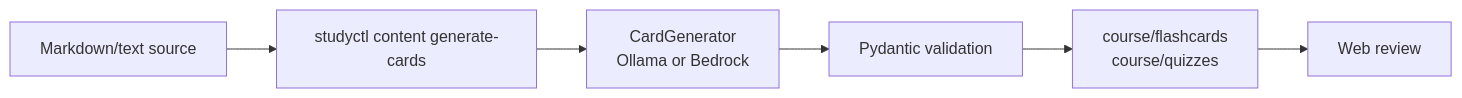
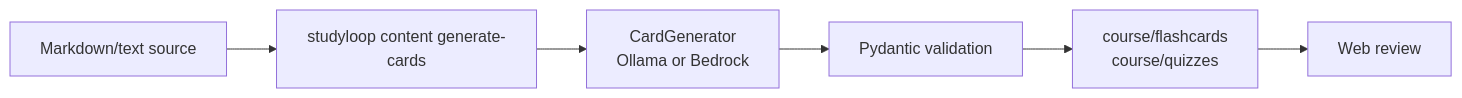
One commit to NetDevAutomate/StudyLoop changed the third of 4 diagrams in docs/system-overview.md. Above: the diagram before and after it, drawn with Mermaid. The commit also changed other lines of this file and 90 other files, not shown here.

````diff
--- a/docs/system-overview.md
+++ b/docs/system-overview.md
@@ -103,11 +103,11 @@
 ```mermaid
 flowchart LR
     Source["Markdown/text source"]
-    Generate["studyctl content generate-cards"]
+    Generate["studyloop content generate-cards"]
     Backend["CardGenerator<br/>Ollama or Bedrock"]
     Schema["Pydantic validation"]
     Artefacts["course/flashcards<br/>course/quizzes"]
     PWA["Web review"]
 
     Source --> Generate --> Backend --> Schema --> Artefacts --> PWA
 ```
````
